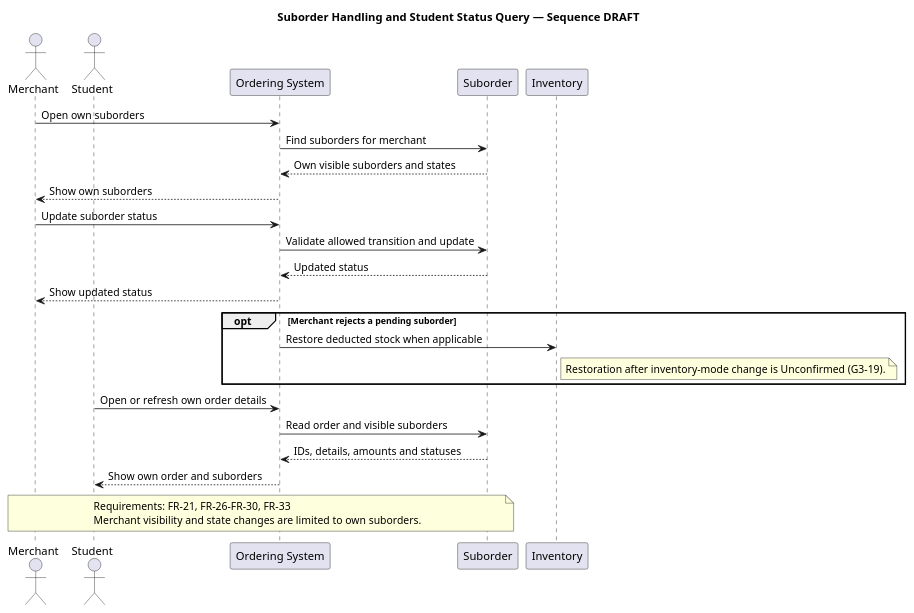
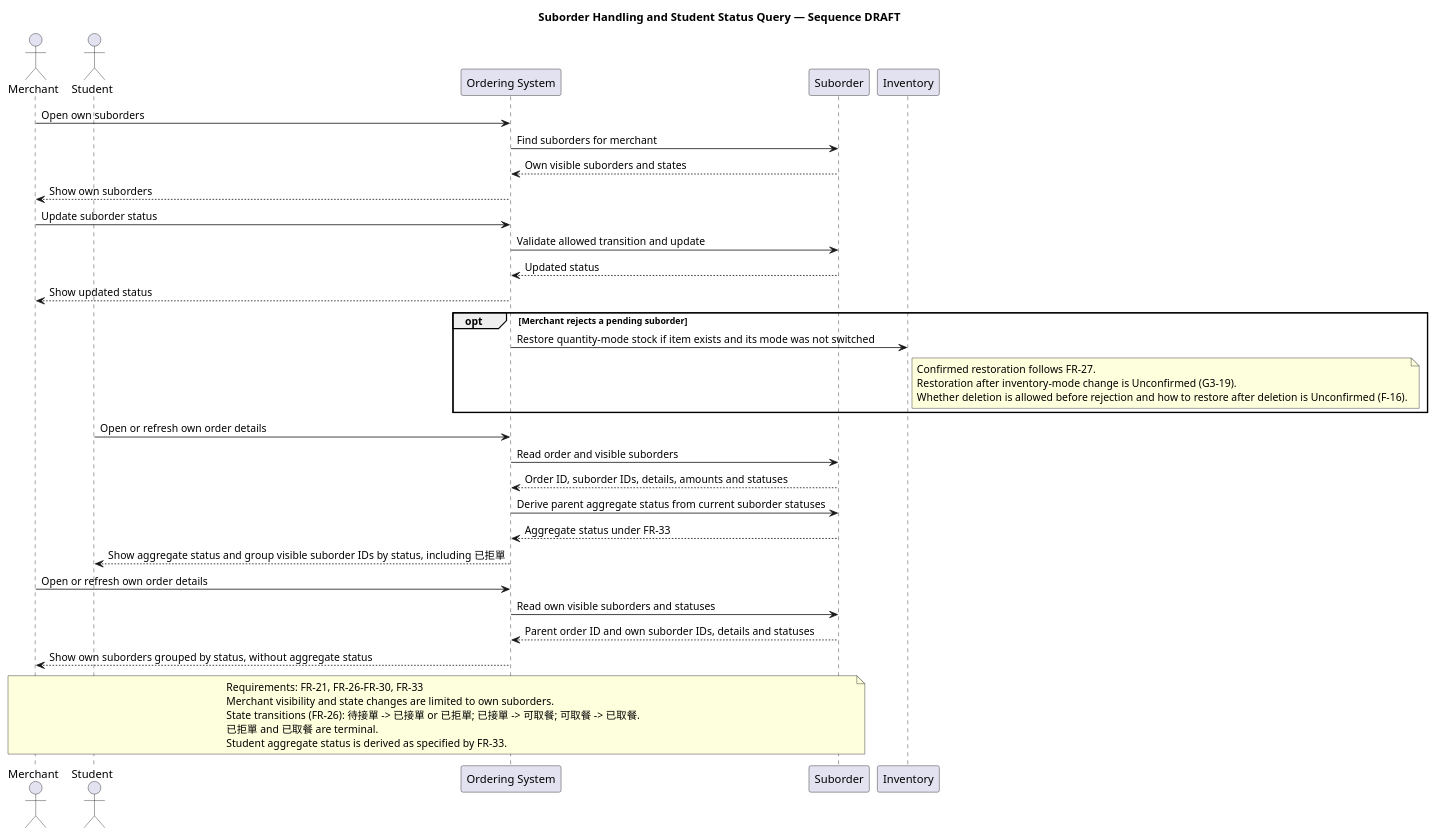
The diagram in specs/001-campus-ordering/uml/sequence-suborders.puml (actcfx/CampusFoodOrderingSystem), drawn with PlantUML before and after one commit. The commit also changed 9 other files, not shown here.

Commit message:
Docs: Revise UML per G4 decisions and CR-002

```diff
--- a/specs/001-campus-ordering/uml/sequence-suborders.puml
+++ b/specs/001-campus-ordering/uml/sequence-suborders.puml
@@ -1,35 +1,47 @@
 @startuml
 title Suborder Handling and Student Status Query — Sequence DRAFT
 actor Merchant
 actor Student
 participant "Ordering System" as System
 participant "Suborder" as Suborder
 participant "Inventory" as Inventory
 
 Merchant -> System: Open own suborders
 System -> Suborder: Find suborders for merchant
 Suborder --> System: Own visible suborders and states
 System --> Merchant: Show own suborders
 
 Merchant -> System: Update suborder status
 System -> Suborder: Validate allowed transition and update
 Suborder --> System: Updated status
 System --> Merchant: Show updated status
 
 opt Merchant rejects a pending suborder
-  System -> Inventory: Restore deducted stock when applicable
+  System -> Inventory: Restore quantity-mode stock if item exists and its mode was not switched
   note right of Inventory
+    Confirmed restoration follows FR-27.
     Restoration after inventory-mode change is Unconfirmed (G3-19).
+    Whether deletion is allowed before rejection and how to restore after deletion is Unconfirmed (F-16).
   end note
 end
 
 Student -> System: Open or refresh own order details
 System -> Suborder: Read order and visible suborders
-Suborder --> System: IDs, details, amounts and statuses
-System --> Student: Show own order and suborders
+Suborder --> System: Order ID, suborder IDs, details, amounts and statuses
+System -> Suborder: Derive parent aggregate status from current suborder statuses
+Suborder --> System: Aggregate status under FR-33
+System --> Student: Show aggregate status and group visible suborder IDs by status, including 已拒單
+
+Merchant -> System: Open or refresh own order details
+System -> Suborder: Read own visible suborders and statuses
+Suborder --> System: Parent order ID and own suborder IDs, details and statuses
+System --> Merchant: Show own suborders grouped by status, without aggregate status
 
 note over Merchant,Suborder
   Requirements: FR-21, FR-26–FR-30, FR-33
   Merchant visibility and state changes are limited to own suborders.
+  State transitions (FR-26): 待接單 -> 已接單 or 已拒單; 已接單 -> 可取餐; 可取餐 -> 已取餐.
+  已拒單 and 已取餐 are terminal.
+  Student aggregate status is derived as specified by FR-33.
 end note
 @enduml
```
